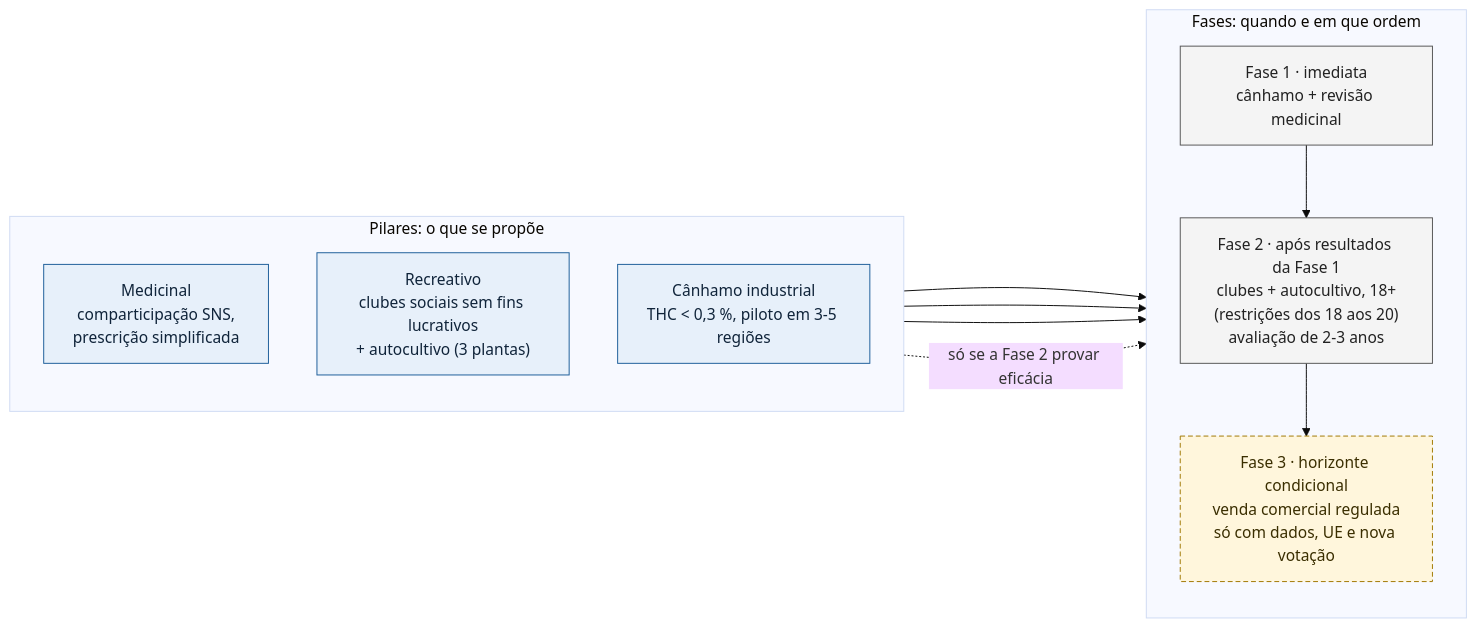
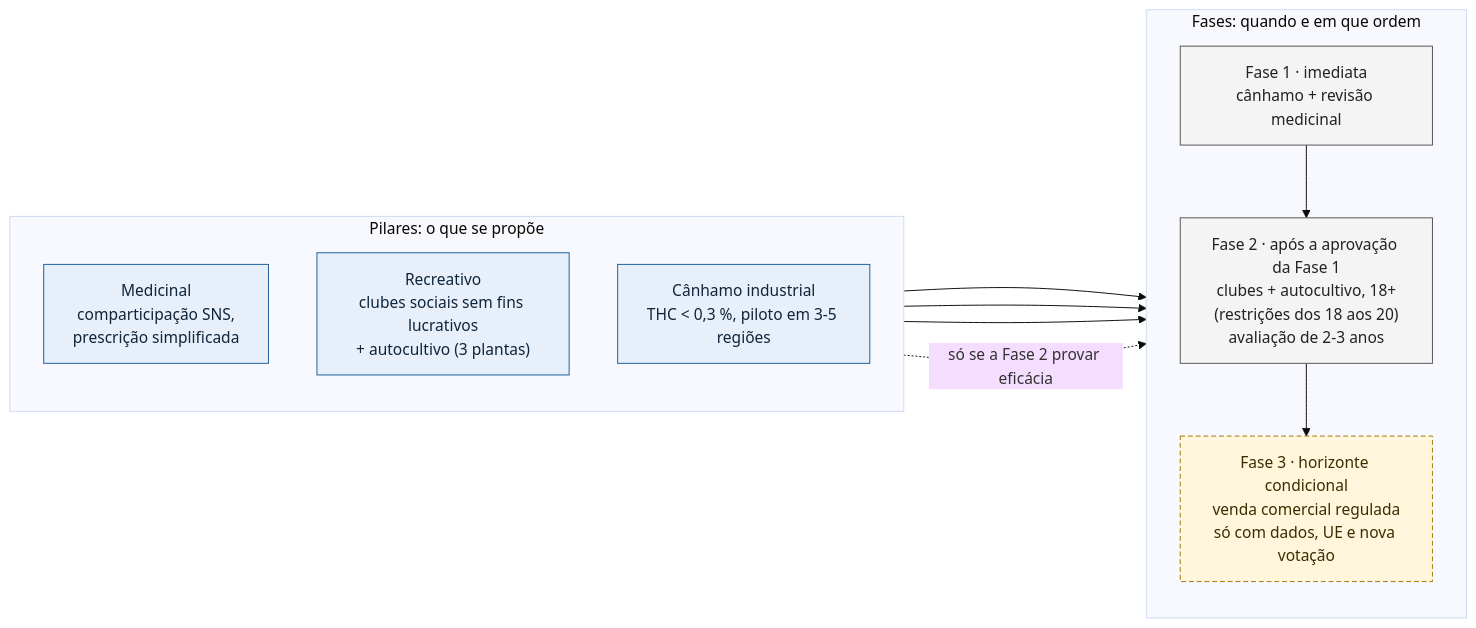
One commit to bcamarneiro/cannabis-legalization changed the diagram in assets/diagrams/estrutura-proposta.mmd. Above: the diagram before and after it, drawn with Mermaid (base theme). The commit also changed 13 other files, not shown here.

```diff
--- a/assets/diagrams/estrutura-proposta.mmd
+++ b/assets/diagrams/estrutura-proposta.mmd
@@ -1,25 +1,25 @@
 flowchart LR
     subgraph P["Pilares: o que se propõe"]
         direction TB
         PM["Medicinal<br/>comparticipação SNS,<br/>prescrição simplificada"]
         PR["Recreativo<br/>clubes sociais sem fins lucrativos<br/>+ autocultivo (3 plantas)"]
         PC["Cânhamo industrial<br/>THC &lt; 0,3 %, piloto em 3-5 regiões"]
     end
     subgraph F["Fases: quando e em que ordem"]
         direction TB
         F1["Fase 1 · imediata<br/>cânhamo + revisão medicinal"]
-        F2["Fase 2 · após resultados da Fase 1<br/>clubes + autocultivo, 18+<br/>(restrições dos 18 aos 20)<br/>avaliação de 2-3 anos"]
+        F2["Fase 2 · após a aprovação da Fase 1<br/>clubes + autocultivo, 18+<br/>(restrições dos 18 aos 20)<br/>avaliação de 2-3 anos"]
         F3["Fase 3 · horizonte condicional<br/>venda comercial regulada<br/>só com dados, UE e nova votação"]
         F1 --> F2 --> F3
     end
     PM --> F1
     PC --> F1
     PR --> F2
     PR -. "só se a Fase 2 provar eficácia" .-> F3
 
     classDef pilar fill:#e7f0fa,stroke:#1c5d99,color:#10243a
     classDef fase fill:#f4f4f4,stroke:#555,color:#222
     classDef cond fill:#fff6dc,stroke:#a07800,color:#3a2e00,stroke-dasharray:5 3
     class PM,PR,PC pilar
     class F1,F2 fase
     class F3 cond
```
